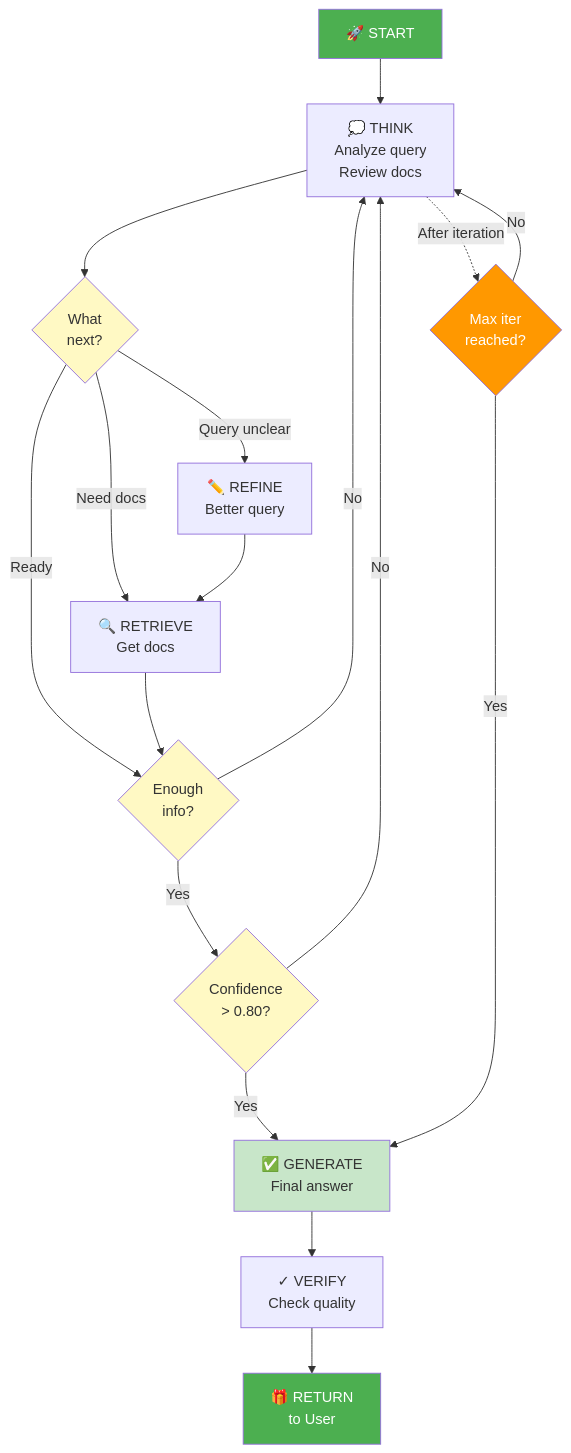
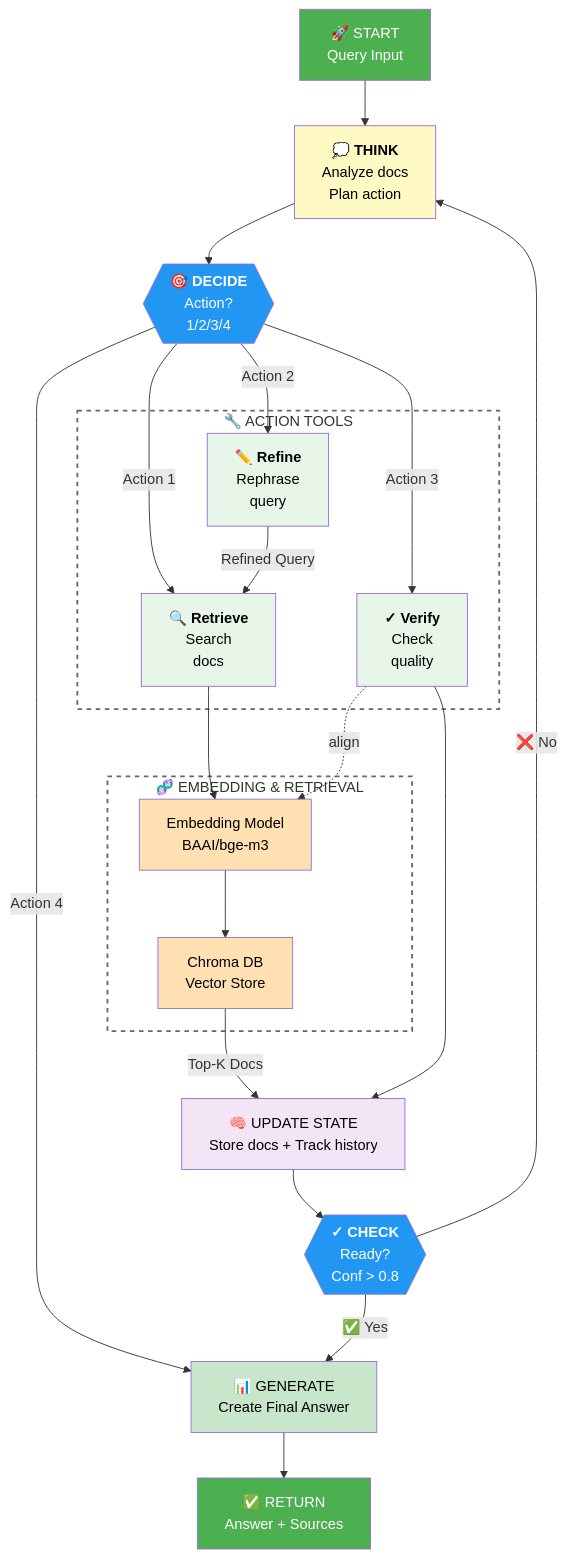
One commit to Wanlee0701/hust-agentic-rag changed the second of 7 diagrams in docs/ARCHITECTURE_DIAGRAM_AGENTIC_RAG.md. Above: the diagram before and after it, drawn with Mermaid. The commit also changed other lines of this file and 32 other files, not shown here.

Commit message:
feat: restructure directory architecture and prepare for open-source release

````diff
--- a/docs/ARCHITECTURE_DIAGRAM_AGENTIC_RAG.md
+++ b/docs/ARCHITECTURE_DIAGRAM_AGENTIC_RAG.md
@@ -52,45 +79,65 @@
 ```mermaid
-graph TD
-    START["🚀 START"]
-    THINK["💭 THINK<br/>Analyze query<br/>Review docs"]
-    DECIDE{"What<br/>next?"}
-    RETRIEVE["🔍 RETRIEVE<br/>Get docs"]
-    REFINE["✏️ REFINE<br/>Better query"]
-    CHECK{"Enough<br/>info?"}
-    CONFIDENCE{"Confidence<br/>> 0.80?"}
-    ANSWER["✅ GENERATE<br/>Final answer"]
-    VERIFY["✓ VERIFY<br/>Check quality"]
-    RETURN["🎁 RETURN<br/>to User"]
-    MAXITER{"Max iter<br/>reached?"}
+graph TB
+    START["🚀 START<br/>Query Input"]
+    
+    THINK["<b>💭 THINK</b><br/>Analyze docs<br/>Plan action"]
+    
+    DECIDE{{"<b>🎯 DECIDE</b><br/>Action?<br/>1/2/3/4"}}
+    
+    subgraph TOOLS["🔧 ACTION TOOLS"]
+        RET["<b>🔍 Retrieve</b><br/>Search<br/>docs"]
+        REF["<b>✏️ Refine</b><br/>Rephrase<br/>query"]
+        VER["<b>✓ Verify</b><br/>Check<br/>quality"]
+    end
+    
+    subgraph EMBD["🧬 EMBEDDING & RETRIEVAL"]
+        EMB["Embedding Model<br/>BAAI/bge-m3"]
+        VDB["Chroma DB<br/>Vector Store"]
+    end
+    
+    COMBINE["🧠 UPDATE STATE<br/>Store docs + Track history"]
+    
+    CHECK{{"<b>✓ CHECK</b><br/>Ready?<br/>Conf > 0.8"}}
+    
+    GEN["📊 GENERATE<br/>Create Final Answer"]
+    
+    RETURN["✅ RETURN<br/>Answer + Sources"]
     
     START --> THINK
     THINK --> DECIDE
     
-    DECIDE -->|Need docs| RETRIEVE
-    DECIDE -->|Query unclear| REFINE
-    DECIDE -->|Ready| CHECK
+    DECIDE -->|Action 1| RET
+    DECIDE -->|Action 2| REF
+    DECIDE -->|Action 3| VER
+    DECIDE -->|Action 4| GEN
     
-    RETRIEVE --> CHECK
-    REFINE --> RETRIEVE
+    RET --> EMB
+    REF -->|Refined Query| RET
+    VER -.->|align| EMB
     
-    CHECK -->|No| THINK
-    CHECK -->|Yes| CONFIDENCE
+    EMB --> VDB
+    VDB -->|Top-K Docs| COMBINE
+    VER --> COMBINE
     
-    CONFIDENCE -->|No| THINK
-    CONFIDENCE -->|Yes| ANSWER
-    MAXITER -->|Yes| ANSWER
-    MAXITER -->|No| THINK
+    COMBINE --> CHECK
     
-    ANSWER --> VERIFY
-    VERIFY --> RETURN
+    CHECK -->|❌ No| THINK
+    CHECK -->|✅ Yes| GEN
     
-    THINK -.->|After iteration| MAXITER
+    GEN --> RETURN
     
     style START fill:#4caf50,color:#fff
     style RETURN fill:#4caf50,color:#fff
-    style DECIDE fill:#fff9c4
-    style CHECK fill:#fff9c4
-    style CONFIDENCE fill:#fff9c4
-    style MAXITER fill:#ff9800,color:#fff
-    style ANSWER fill:#c8e6c9
+    style THINK fill:#fff9c4,color:#000
+    style DECIDE fill:#2196f3,color:#fff
+    style CHECK fill:#2196f3,color:#fff
+    style COMBINE fill:#f3e5f5,color:#000
+    style TOOLS fill:none,stroke:#666,stroke-width:2px,stroke-dasharray: 5 5
+    style RET fill:#e8f5e9,color:#000
+    style REF fill:#e8f5e9,color:#000
+    style VER fill:#e8f5e9,color:#000
+    style EMBD fill:none,stroke:#666,stroke-width:2px,stroke-dasharray: 5 5
+    style EMB fill:#ffe0b2,color:#000
+    style VDB fill:#ffe0b2,color:#000
+    style GEN fill:#c8e6c9,color:#000
 ```
````
